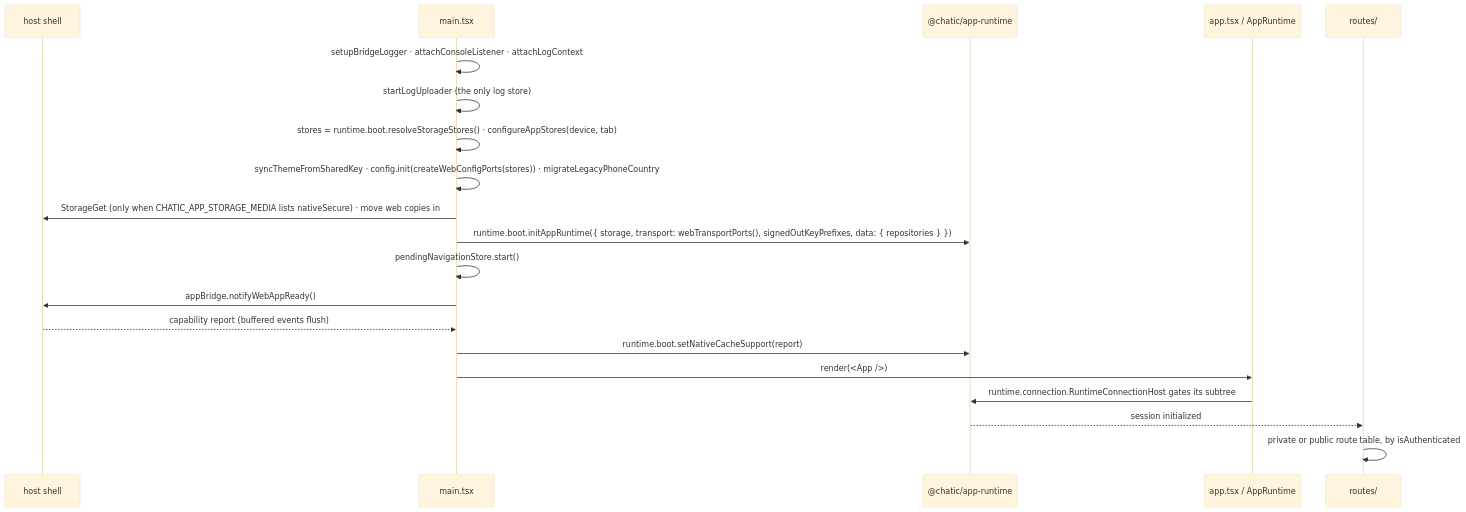
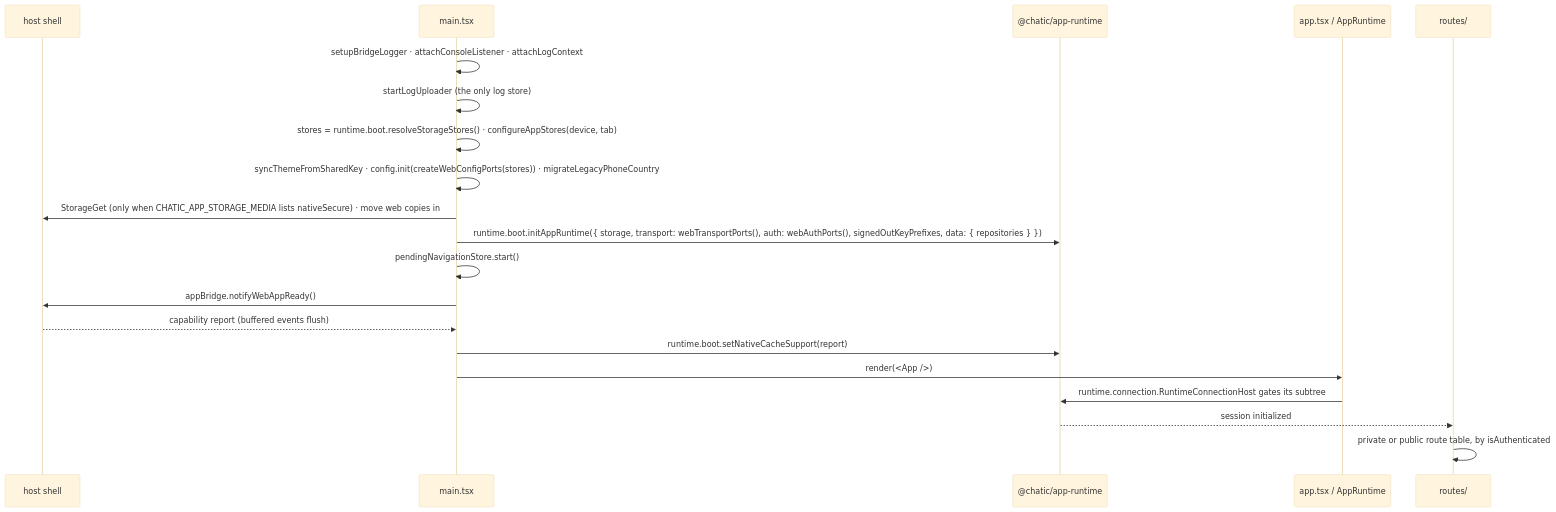
One commit to lemoncloud-io/dou-app changed the second of 2 diagrams in apps/web/README.md. Above: the diagram before and after it, drawn with Mermaid (base theme). The commit also changed 37 other files, not shown here.

First line of the commit message:
refactor(auth,runtime-web,app-runtime): open the session's address as platform ports

````diff
--- a/apps/web/README.md
+++ b/apps/web/README.md
@@ -146,23 +146,23 @@
 ```mermaid
 sequenceDiagram
     participant Shell as host shell
     participant Main as main.tsx
     participant RT as @chatic/app-runtime
     participant App as app.tsx / AppRuntime
     participant Router as routes/
 
     Main->>Main: setupBridgeLogger · attachConsoleListener · attachLogContext
     Main->>Main: startLogUploader (the only log store)
     Main->>Main: stores = runtime.boot.resolveStorageStores() · configureAppStores(device, tab)
     Main->>Main: syncThemeFromSharedKey · config.init(createWebConfigPorts(stores)) · migrateLegacyPhoneCountry
     Main->>Shell: StorageGet (only when CHATIC_APP_STORAGE_MEDIA lists nativeSecure) · move web copies in
-    Main->>RT: runtime.boot.initAppRuntime({ storage, transport: webTransportPorts(), signedOutKeyPrefixes, data: { repositories } })
+    Main->>RT: runtime.boot.initAppRuntime({ storage, transport: webTransportPorts(), auth: webAuthPorts(), signedOutKeyPrefixes, data: { repositories } })
     Main->>Main: pendingNavigationStore.start()
     Main->>Shell: appBridge.notifyWebAppReady()
     Shell-->>Main: capability report (buffered events flush)
     Main->>RT: runtime.boot.setNativeCacheSupport(report)
     Main->>App: render(<App />)
     App->>RT: runtime.connection.RuntimeConnectionHost gates its subtree
     RT-->>Router: session initialized
     Router->>Router: private or public route table, by isAuthenticated
 ```
````
